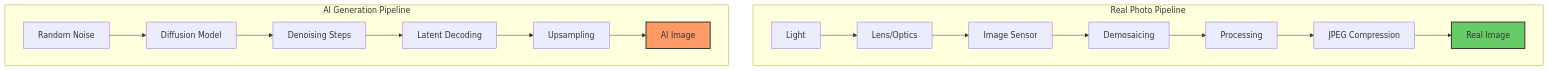
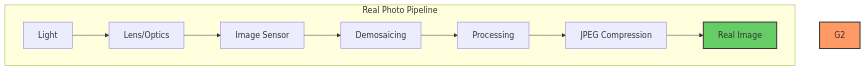
The first of 3 diagrams in _posts/2025/2025-12-15-detecting-ai-generated-images-what-actually-works.md (gsantopaolo/gsantopaolo.github.io), drawn with Mermaid before and after one commit.

````diff
--- a/_posts/2025/2025-12-15-detecting-ai-generated-images-what-actually-works.md
+++ b/_posts/2025/2025-12-15-detecting-ai-generated-images-what-actually-works.md
@@ -42,22 +42,13 @@
 ```mermaid
 graph TB
     subgraph "Real Photo Pipeline"
         A1[Light] --> B1[Lens/Optics]
         B1 --> C1[Image Sensor]
         C1 --> D1[Demosaicing]
         D1 --> E1[Processing]
         E1 --> F1[JPEG Compression]
         F1 --> G1[Real Image]
     end
-    
-    subgraph "AI Generation Pipeline"
-        A2[Random Noise] --> B2[Diffusion Model]
-        B2 --> C2[Denoising Steps]
-        C2 --> D2[Latent Decoding]
-        D2 --> E2[Upsampling]
-        E2 --> G2[AI Image]
-    end
-    
     style G1 fill:#6c6,stroke:#333,stroke-width:2px
     style G2 fill:#f96,stroke:#333,stroke-width:2px
 ```
````
